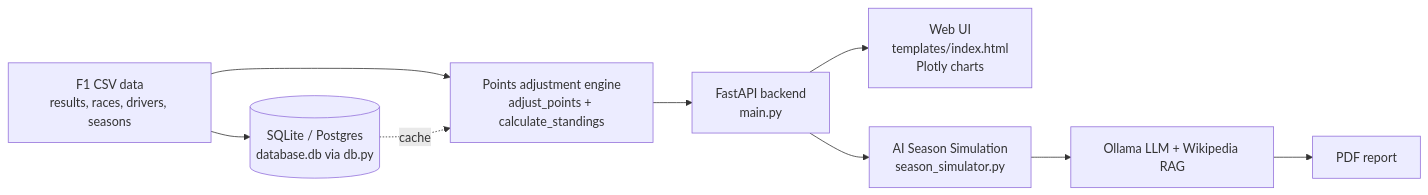
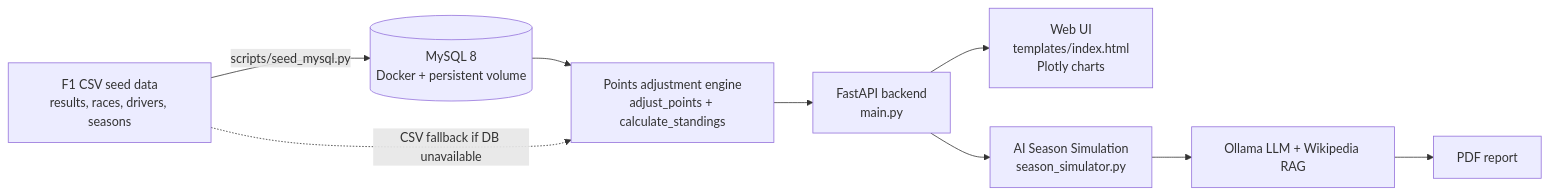
The diagram in README.md (thompgt/F1_points_application), drawn with Mermaid before and after one commit. The commit also changed other lines of this file and 1 other file, not shown here.

First line of the commit message:
Document the MySQL setup and add .env.example

````diff
--- a/README.md
+++ b/README.md
@@ -46,11 +46,11 @@
 ```mermaid
 flowchart LR
-    A[F1 CSV data<br/>results, races, drivers, seasons] --> B[(SQLite / Postgres<br/>database.db via db.py)]
-    A --> C[Points adjustment engine<br/>adjust_points + calculate_standings]
-    B -.cache.-> C
+    A[F1 CSV seed data<br/>results, races, drivers, seasons] -- scripts/seed_mysql.py --> B[(MySQL 8<br/>Docker + persistent volume)]
+    B --> C[Points adjustment engine<br/>adjust_points + calculate_standings]
+    A -.CSV fallback if DB unavailable.-> C
     C --> D[FastAPI backend<br/>main.py]
     D --> E[Web UI<br/>templates/index.html<br/>Plotly charts]
     D --> F[AI Season Simulation<br/>season_simulator.py]
     F --> G[Ollama LLM + Wikipedia RAG]
     G --> H[PDF report]
 ```
````
